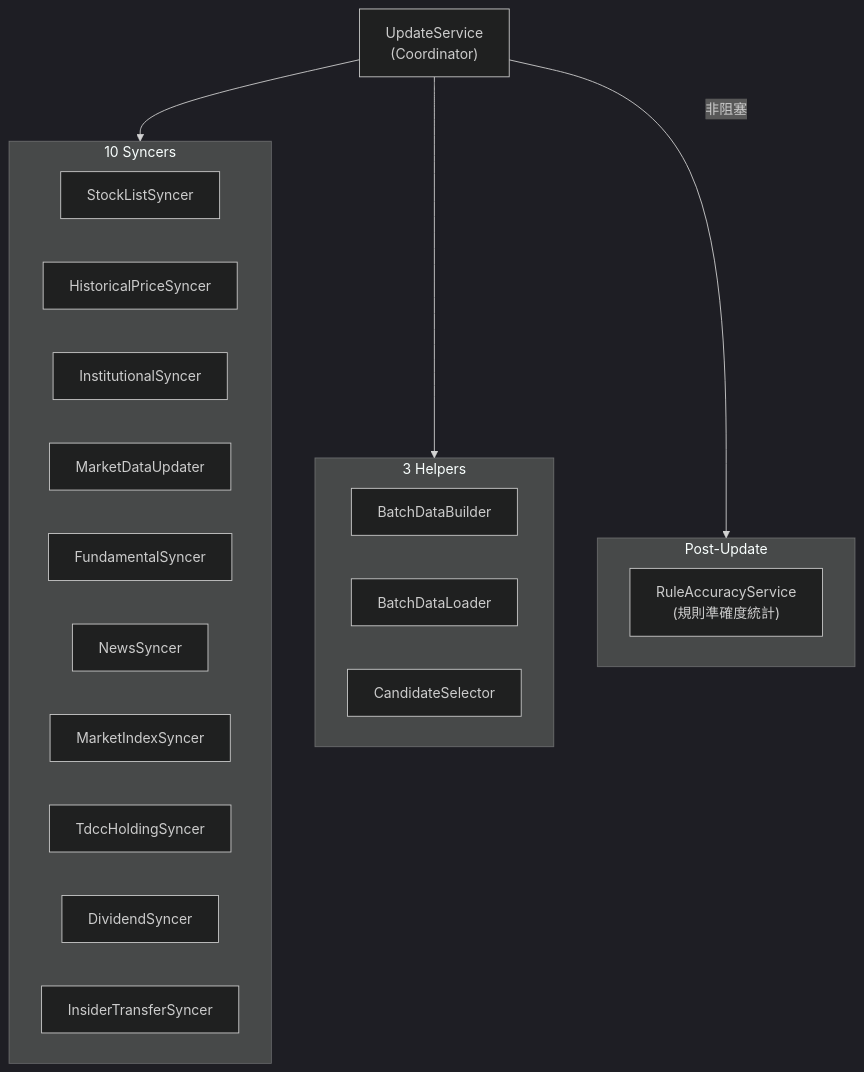
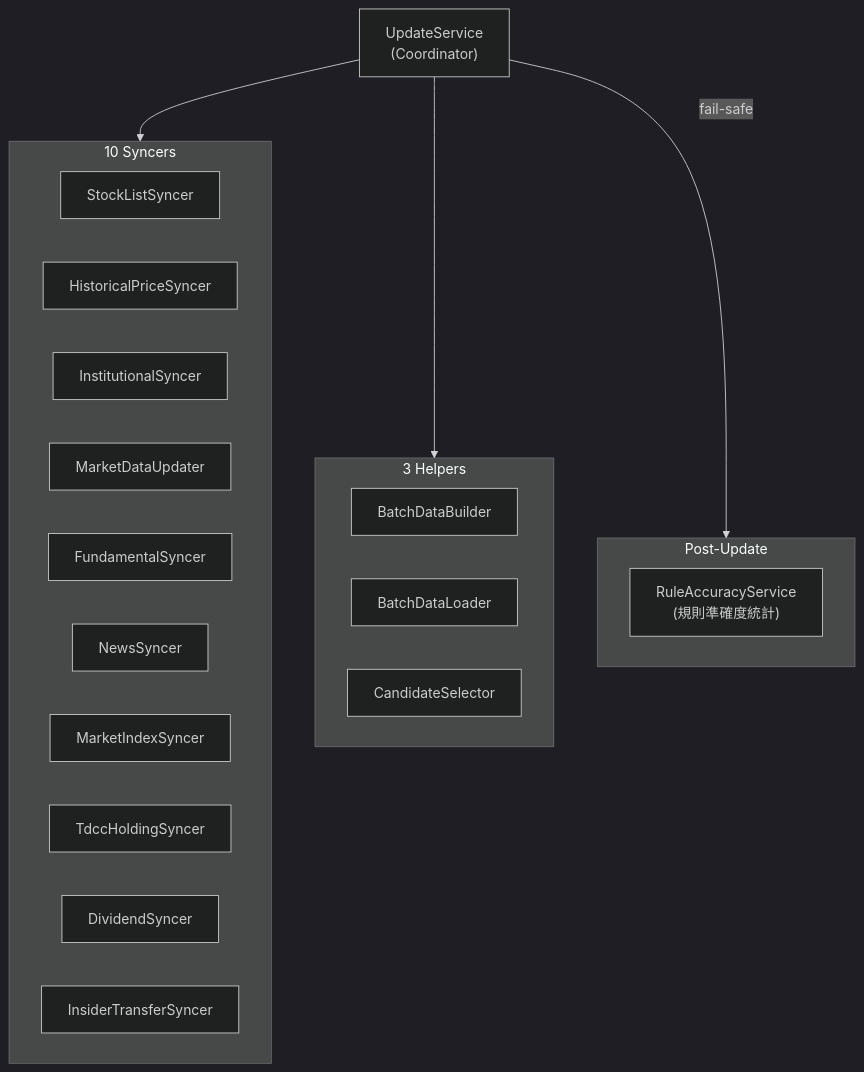
The diagram in .claude/rules/update-pipeline.md (Neal75418/afterclose), drawn with Mermaid before and after one commit. The commit also changed other lines of this file, not shown here.

Commit message:
docs(update-pipeline): 修正「非阻塞」→ fail-safe（code 自承 caller 仍 await）
update_service.dart 註解明寫「fail-safe ≠ 非阻塞，caller 仍會 await 等統計跑完」
（_updateRuleAccuracyStatsFailSafe 是 await 的）。doc 的「非阻塞」描述與 code 不符，
mermaid + 文字 2 處改為 fail-safe。

逐行 re-review 確認其餘皆對：utils「Calendar」= taiwan_calendar.dart（grep 漏前綴
誤判）、Screening = ScanFilterService（example 列表）、AppException sealed、10 syncers
資料類別對應、RuleAccuracy daily_reason→rule_accuracy 流程。

````diff
--- a/.claude/rules/update-pipeline.md
+++ b/.claude/rules/update-pipeline.md
@@ -13,32 +13,32 @@
 ```mermaid
 %%{init: {'theme': 'dark'}}%%
 graph TB
     US["UpdateService<br/>(Coordinator)"]
 
     subgraph Syncers["10 Syncers"]
         SLS["StockListSyncer"]
         HPS["HistoricalPriceSyncer"]
         IS["InstitutionalSyncer"]
         MDU["MarketDataUpdater"]
         FS["FundamentalSyncer"]
         NS["NewsSyncer"]
         MIS["MarketIndexSyncer"]
         THS["TdccHoldingSyncer"]
         DS["DividendSyncer"]
         ITS["InsiderTransferSyncer"]
     end
 
     subgraph Helpers["3 Helpers"]
         BDB["BatchDataBuilder"]
         BDL["BatchDataLoader"]
         CS["CandidateSelector"]
     end
 
     subgraph PostUpdate["Post-Update"]
         RAS["RuleAccuracyService<br/>(規則準確度統計)"]
     end
 
     US --> Syncers
     US --> Helpers
-    US -->|非阻塞| PostUpdate
+    US -->|fail-safe| PostUpdate
 ```
````
